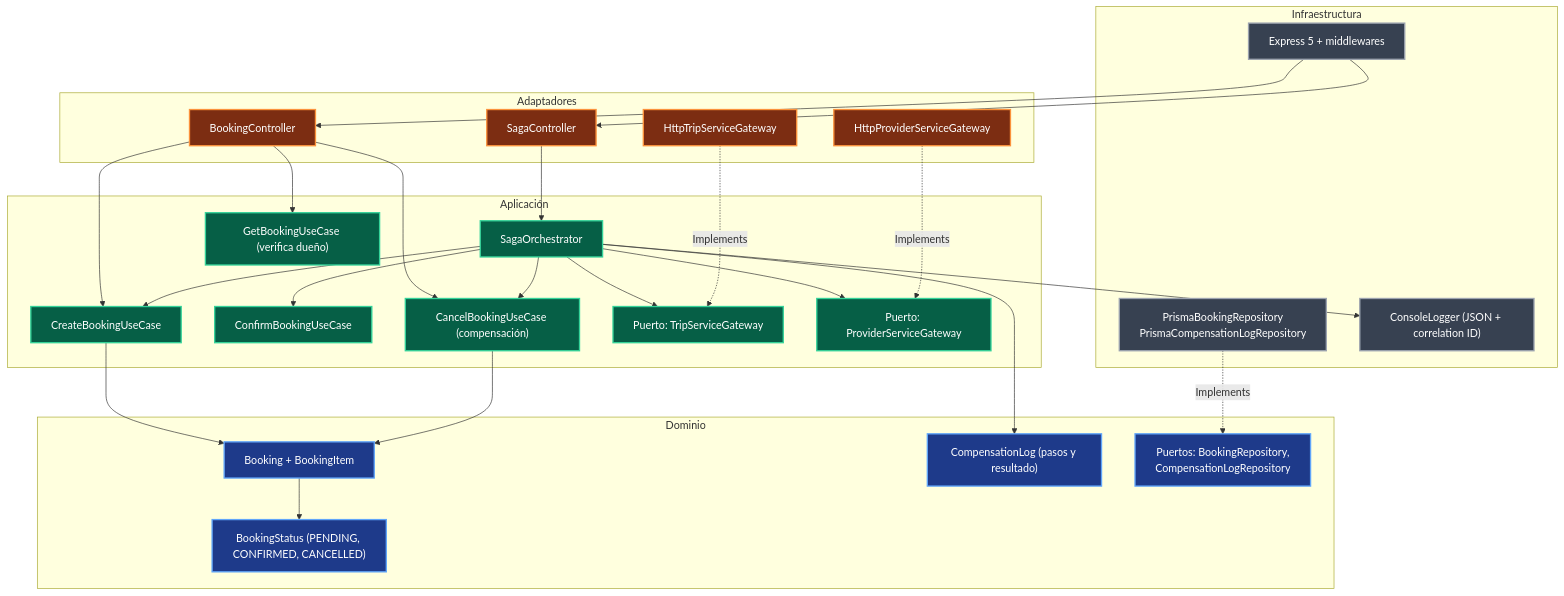
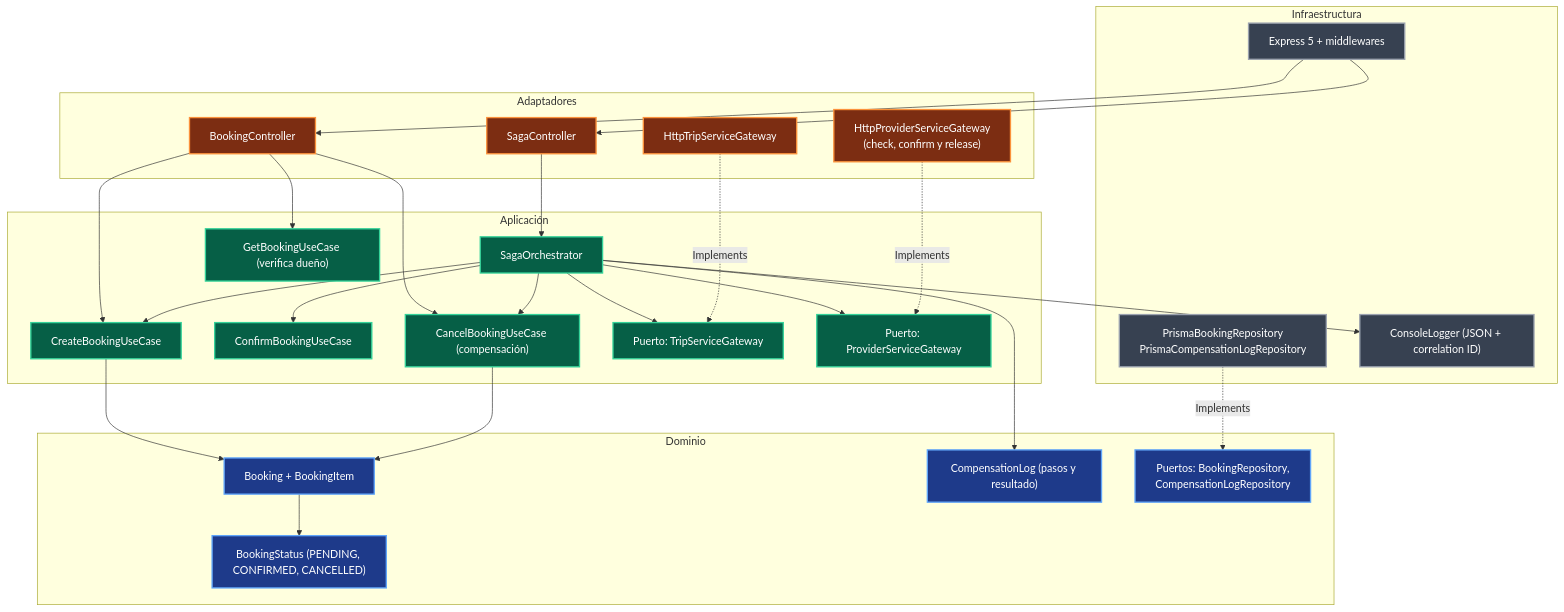
The third of 10 diagrams in docs/c4/c4-level3-components.md (ALEXYSALCED0/Wayvo), drawn with Mermaid before and after one commit. The commit also changed other lines of this file and 5 other files, not shown here.

````diff
--- a/docs/c4/c4-level3-components.md
+++ b/docs/c4/c4-level3-components.md
@@ -122,61 +141,61 @@
 ```mermaid
 flowchart TD
     classDef domain fill:#1e3a8a,stroke:#60a5fa,stroke-width:2px,color:#ffffff;
     classDef app fill:#065f46,stroke:#34d399,stroke-width:2px,color:#ffffff;
     classDef adapter fill:#7c2d12,stroke:#fb923c,stroke-width:2px,color:#ffffff;
     classDef infra fill:#374151,stroke:#9ca3af,stroke-width:2px,color:#ffffff;
 
     subgraph InfraLayer["Infraestructura"]
         ExpressServer["Express 5 + middlewares"]:::infra
         PrismaRepos["PrismaBookingRepository<br/>PrismaCompensationLogRepository"]:::infra
         Logger["ConsoleLogger (JSON + correlation ID)"]:::infra
     end
 
     subgraph AdapterLayer["Adaptadores"]
         SagaController["SagaController"]:::adapter
         BookingController["BookingController"]:::adapter
         HttpTripGateway["HttpTripServiceGateway"]:::adapter
-        HttpProviderGateway["HttpProviderServiceGateway"]:::adapter
+        HttpProviderGateway["HttpProviderServiceGateway<br/>(check, confirm y release)"]:::adapter
     end
 
     subgraph AppLayer["Aplicación"]
         SagaOrchestrator["SagaOrchestrator"]:::app
         CreateBookingUC["CreateBookingUseCase"]:::app
         ConfirmBookingUC["ConfirmBookingUseCase"]:::app
         CancelBookingUC["CancelBookingUseCase (compensación)"]:::app
         GetBookingUC["GetBookingUseCase (verifica dueño)"]:::app
         ITripPort["Puerto: TripServiceGateway"]:::app
         IProvPort["Puerto: ProviderServiceGateway"]:::app
     end
 
     subgraph DomainLayer["Dominio"]
         BookingEntity["Booking + BookingItem"]:::domain
         BookingStatusEnum["BookingStatus (PENDING, CONFIRMED, CANCELLED)"]:::domain
         CompensationLog["CompensationLog (pasos y resultado)"]:::domain
         RepoPorts["Puertos: BookingRepository,<br/>CompensationLogRepository"]:::domain
     end
 
     ExpressServer --> SagaController
     ExpressServer --> BookingController
 
     SagaController --> SagaOrchestrator
     BookingController --> CreateBookingUC
     BookingController --> CancelBookingUC
     BookingController --> GetBookingUC
 
     SagaOrchestrator --> CreateBookingUC
     SagaOrchestrator --> ConfirmBookingUC
     SagaOrchestrator --> CancelBookingUC
     SagaOrchestrator --> ITripPort
     SagaOrchestrator --> IProvPort
     SagaOrchestrator --> CompensationLog
     SagaOrchestrator --> Logger
 
     HttpTripGateway -.->|Implements| ITripPort
     HttpProviderGateway -.->|Implements| IProvPort
     PrismaRepos -.->|Implements| RepoPorts
 
     CreateBookingUC --> BookingEntity
     CancelBookingUC --> BookingEntity
     BookingEntity --> BookingStatusEnum
 ```
````
